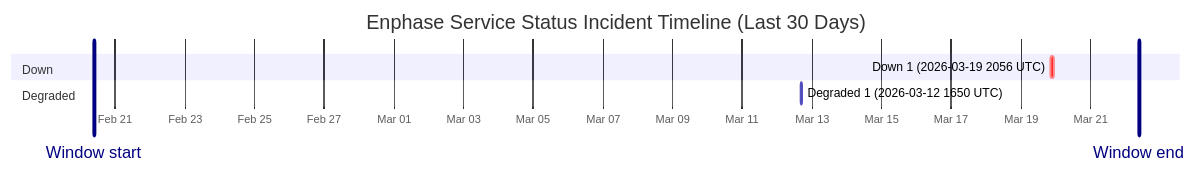
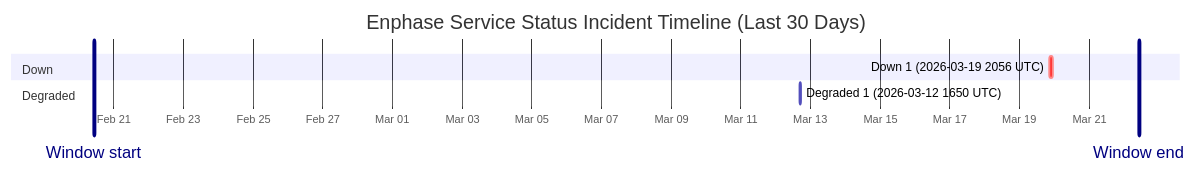
The diagram in wiki/Service-Status-History.md (barneyonline/ha-enphase-ev-charger), drawn with Mermaid before and after one commit. The commit also changed other lines of this file and 3 other files, not shown here.

````diff
--- a/wiki/Service-Status-History.md
+++ b/wiki/Service-Status-History.md
@@ -14,12 +14,12 @@
 ```mermaid
 gantt
     title Enphase Service Status Incident Timeline (Last 30 Days)
     dateFormat  YYYY-MM-DDTHH:mm:ss
     axisFormat  %b %d
-    Window start :vert, window-start, 2026-02-20T09:23:28, 0ms
-    Window end :vert, window-end, 2026-03-22T09:23:28, 0ms
+    Window start :vert, window-start, 2026-02-20T10:18:29, 0ms
+    Window end :vert, window-end, 2026-03-22T10:18:29, 0ms
     section Down
     Down 1 (2026-03-19 2056 UTC) :crit, down-1, 2026-03-19T20:56:20, 145m
     section Degraded
     Degraded 1 (2026-03-12 1650 UTC) :active, degraded-1, 2026-03-12T16:50:43, 60m
 ```
````
